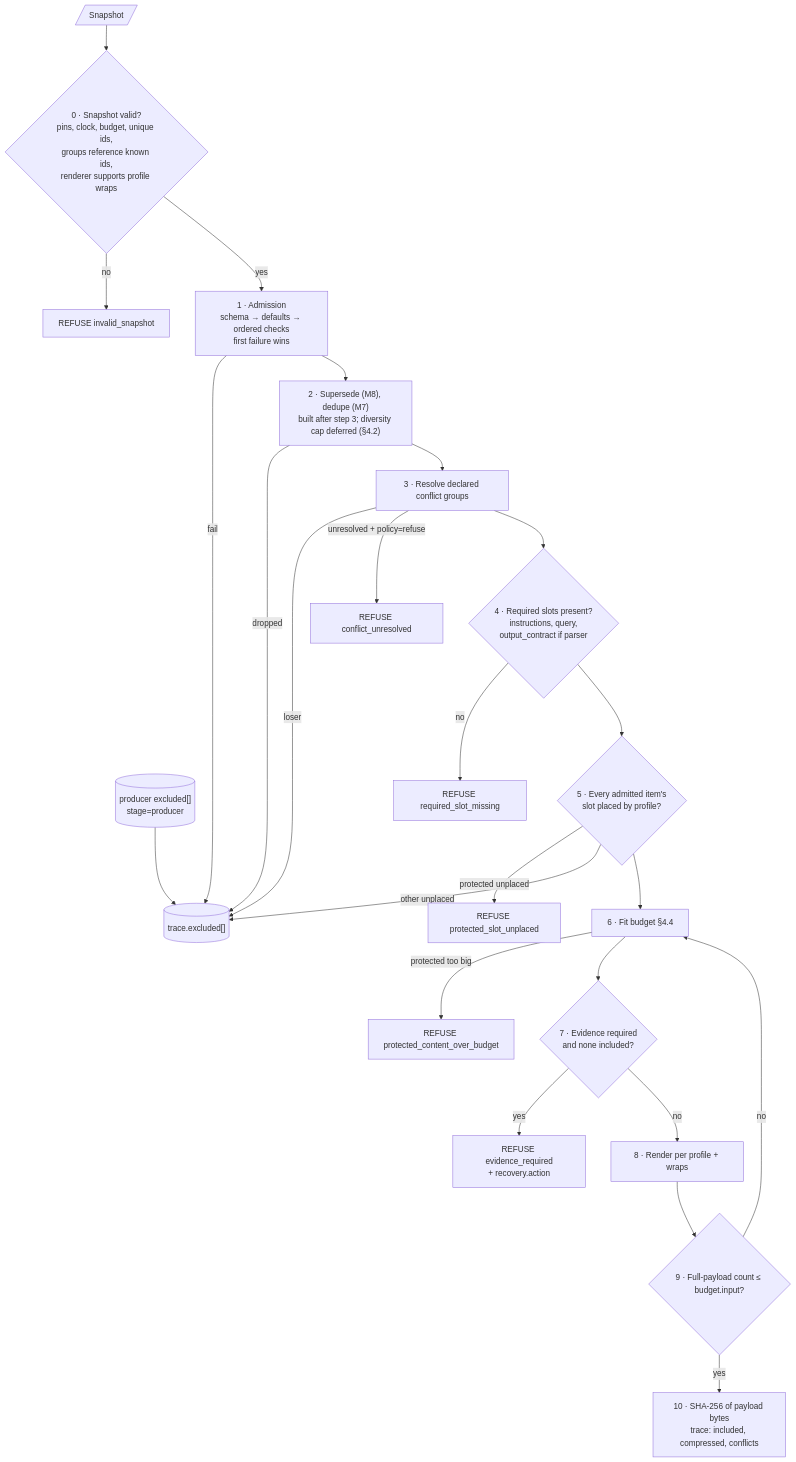
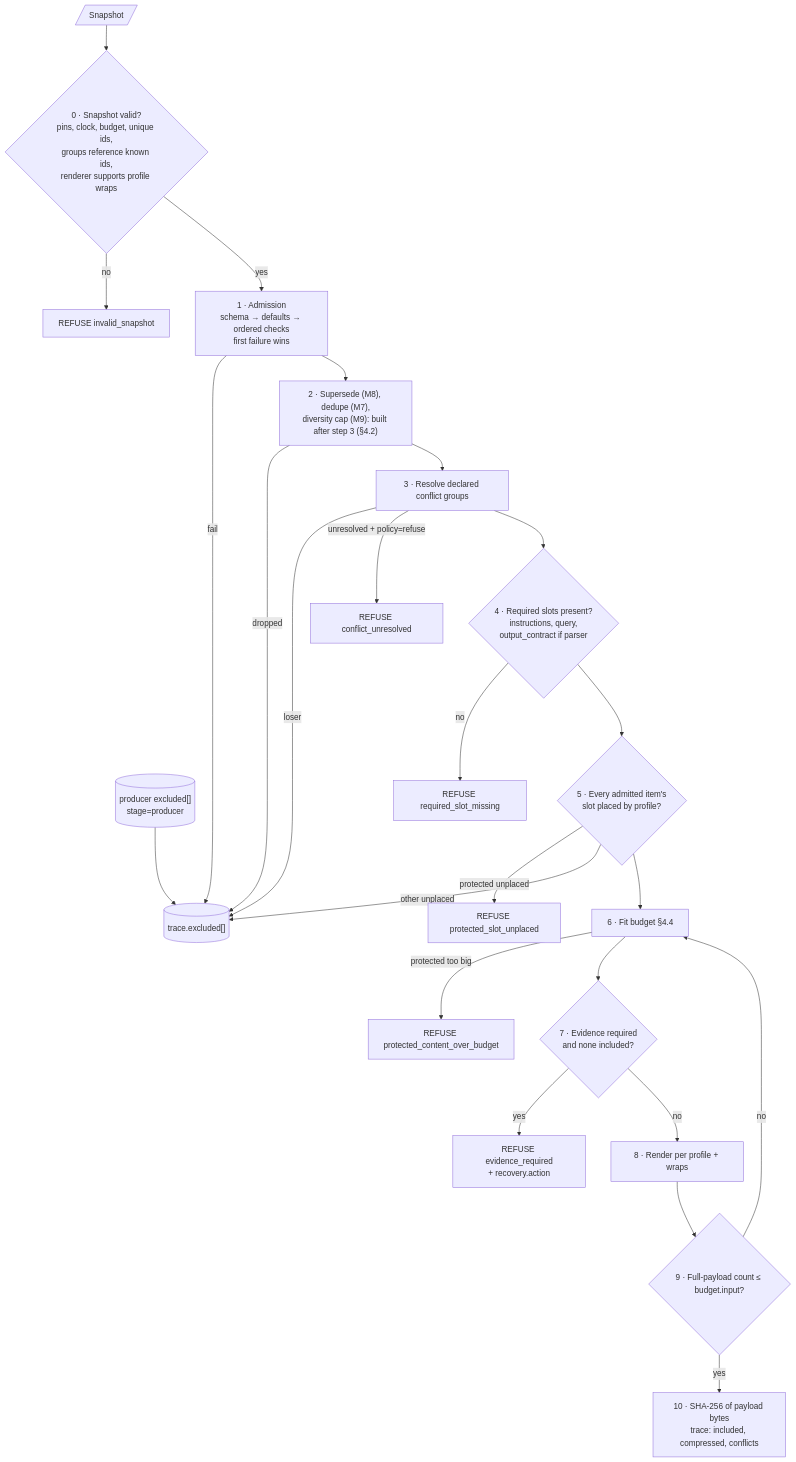
One commit to contextwindowarchitecture/assembler-python changed the fourth of 22 diagrams in docs/DESIGN.md. Above: the diagram before and after it, drawn with Mermaid. The commit also changed other lines of this file and 10 other files, not shown here.

First line of the commit message:
feat(diversity): cap each source at the route's max_per_source

````diff
--- a/docs/DESIGN.md
+++ b/docs/DESIGN.md
@@ -287,26 +288,26 @@
 ```mermaid
 flowchart TD
   S[/Snapshot/] --> V{"0 · Snapshot valid?<br/>pins, clock, budget, unique ids,<br/>groups reference known ids,<br/>renderer supports profile wraps"}
   V -- no --> RF0["REFUSE invalid_snapshot"]
   V -- yes --> AD["1 · Admission<br/>schema → defaults → ordered checks<br/>first failure wins"]
   PX[("producer excluded[]<br/>stage=producer")] --> EXC[("trace.excluded[]")]
   AD -- fail --> EXC
-  AD --> DD["2 · Supersede (M8), dedupe (M7)<br/>built after step 3; diversity cap deferred (§4.2)"]
+  AD --> DD["2 · Supersede (M8), dedupe (M7),<br/>diversity cap (M9): built after step 3 (§4.2)"]
   DD -- dropped --> EXC
   DD --> CF["3 · Resolve declared conflict groups"]
   CF -- loser --> EXC
   CF -- "unresolved + policy=refuse" --> RF1["REFUSE conflict_unresolved"]
   CF --> RQ{"4 · Required slots present?<br/>instructions, query,<br/>output_contract if parser"}
   RQ -- no --> RF2["REFUSE required_slot_missing"]
   RQ --> PL{"5 · Every admitted item's<br/>slot placed by profile?"}
   PL -- "protected unplaced" --> RF3["REFUSE protected_slot_unplaced"]
   PL -- "other unplaced" --> EXC
   PL --> FIT["6 · Fit budget §4.4"]
   FIT -- "protected too big" --> RF4["REFUSE protected_content_over_budget"]
   FIT --> EV{"7 · Evidence required<br/>and none included?"}
   EV -- yes --> RF5["REFUSE evidence_required<br/>+ recovery.action"]
   EV -- no --> RN["8 · Render per profile + wraps"]
   RN --> CT{"9 · Full-payload count ≤ budget.input?"}
   CT -- no --> FIT
   CT -- yes --> H["10 · SHA-256 of payload bytes<br/>trace: included, compressed, conflicts"]
 ```
````
